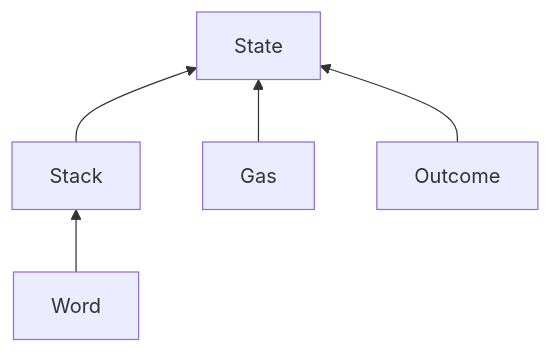
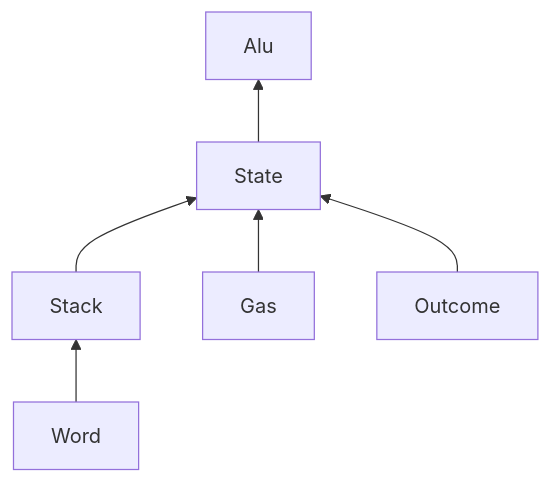
One commit to dhsorens/evm-asm-sail changed the second of 2 diagrams in EvmAsmSail/Relations/README.md. Above: the diagram before and after it, drawn with Mermaid. The commit also changed other lines of this file and 10 other files, not shown here.

````diff
--- a/EvmAsmSail/Relations/README.md
+++ b/EvmAsmSail/Relations/README.md
@@ -83,12 +83,14 @@
 ```mermaid
 flowchart BT
   W[Word]
   Sk[Stack]
   G[Gas]
   O[Outcome]
   St[State]
+  A[Alu]
   W --> Sk
   Sk --> St
   G --> St
   O --> St
+  St --> A
 ```
````
